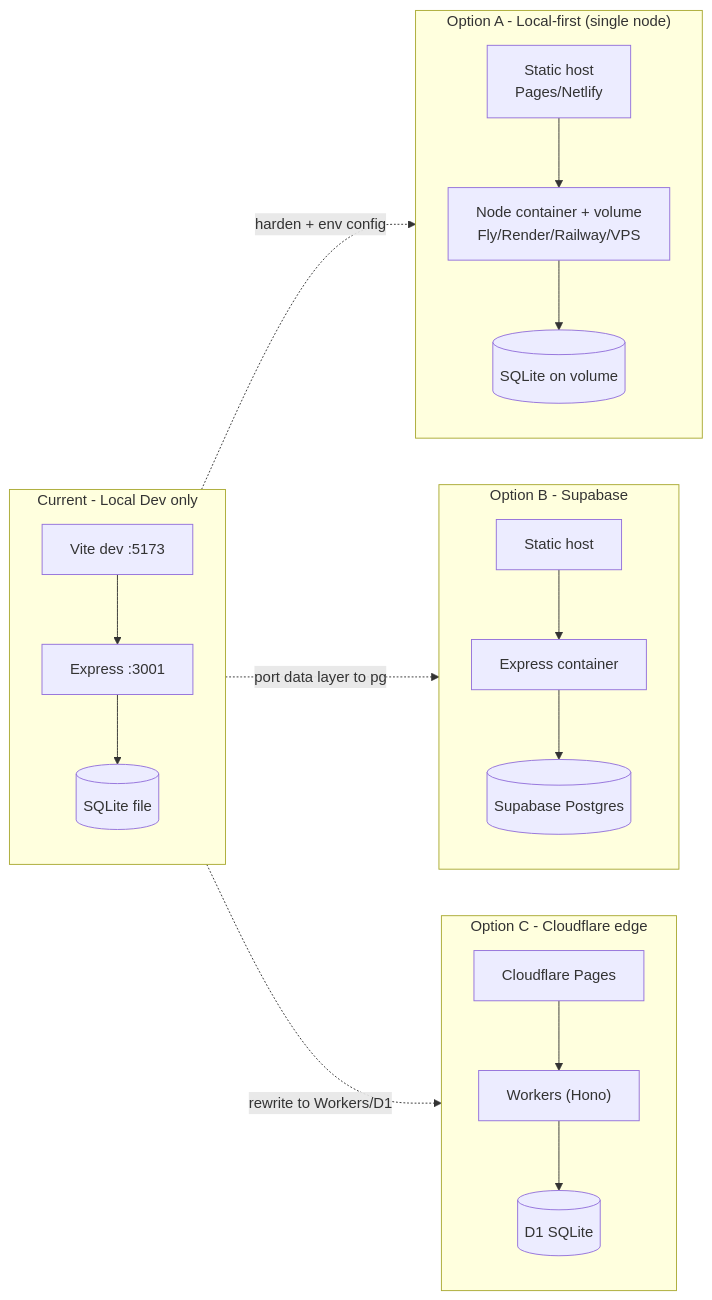
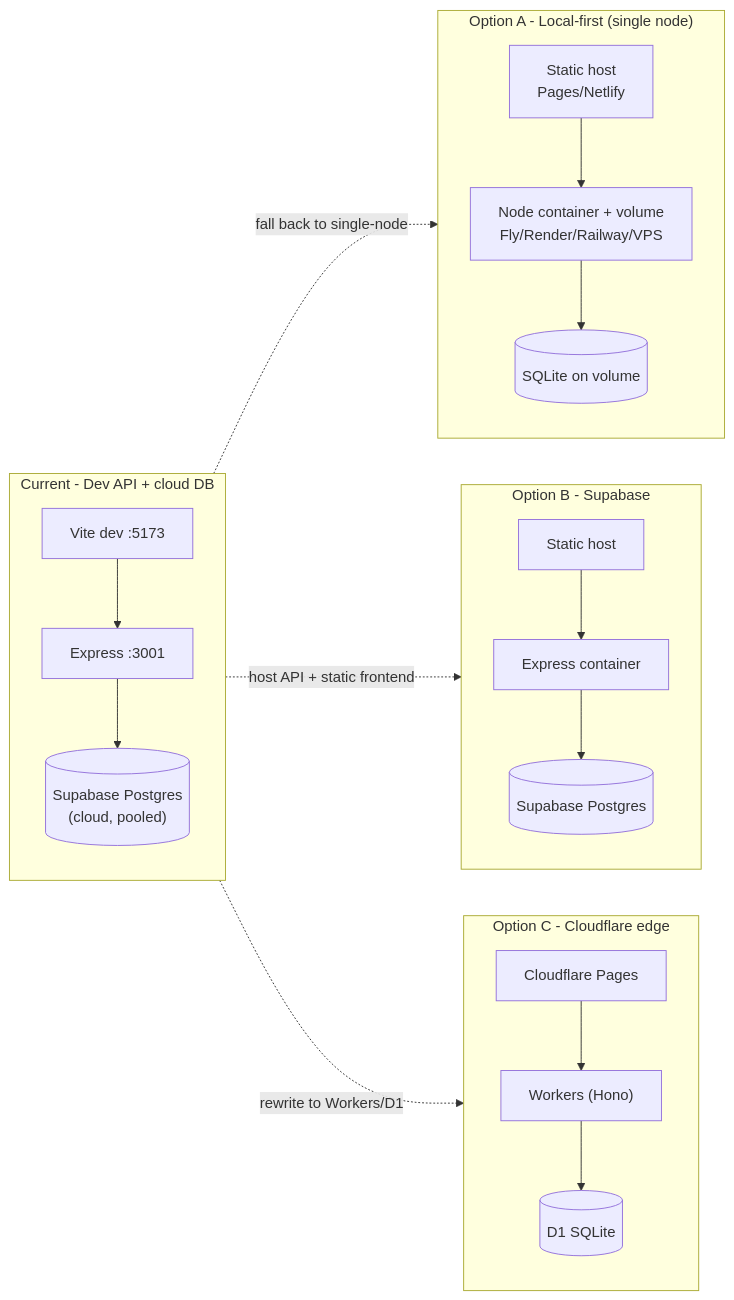
One commit to friday-9007/GGBoard changed the fourth of 4 diagrams in ARCHITECTURE.md. Above: the diagram before and after it, drawn with Mermaid. The commit also changed other lines of this file and 21 other files, not shown here.

First line of the commit message:
feat(db): migrate backend from SQLite to Supabase Postgres via Prisma

````diff
--- a/ARCHITECTURE.md
+++ b/ARCHITECTURE.md
@@ -261,38 +284,38 @@
 ```mermaid
 flowchart LR
-    subgraph Now["Current - Local Dev only"]
+    subgraph Now["Current - Dev API + cloud DB"]
         direction TB
         N1["Vite dev :5173"]
         N2["Express :3001"]
-        N3[("SQLite file")]
+        N3[("Supabase Postgres<br/>(cloud, pooled)")]
         N1 --> N2 --> N3
     end
 
     subgraph A["Option A - Local-first (single node)"]
         direction TB
         A1["Static host<br/>Pages/Netlify"]
         A2["Node container + volume<br/>Fly/Render/Railway/VPS"]
         A3[("SQLite on volume")]
         A1 --> A2 --> A3
     end
 
     subgraph B["Option B - Supabase"]
         direction TB
         B1["Static host"]
         B2["Express container"]
         B3[("Supabase Postgres")]
         B1 --> B2 --> B3
     end
 
     subgraph C["Option C - Cloudflare edge"]
         direction TB
         C1["Cloudflare Pages"]
         C2["Workers (Hono)"]
         C3[("D1 SQLite")]
         C1 --> C2 --> C3
     end
 
-    Now -.->|harden + env config| A
-    Now -.->|port data layer to pg| B
+    Now -.->|fall back to single-node| A
+    Now -.->|host API + static frontend| B
     Now -.->|rewrite to Workers/D1| C
 ```
````
